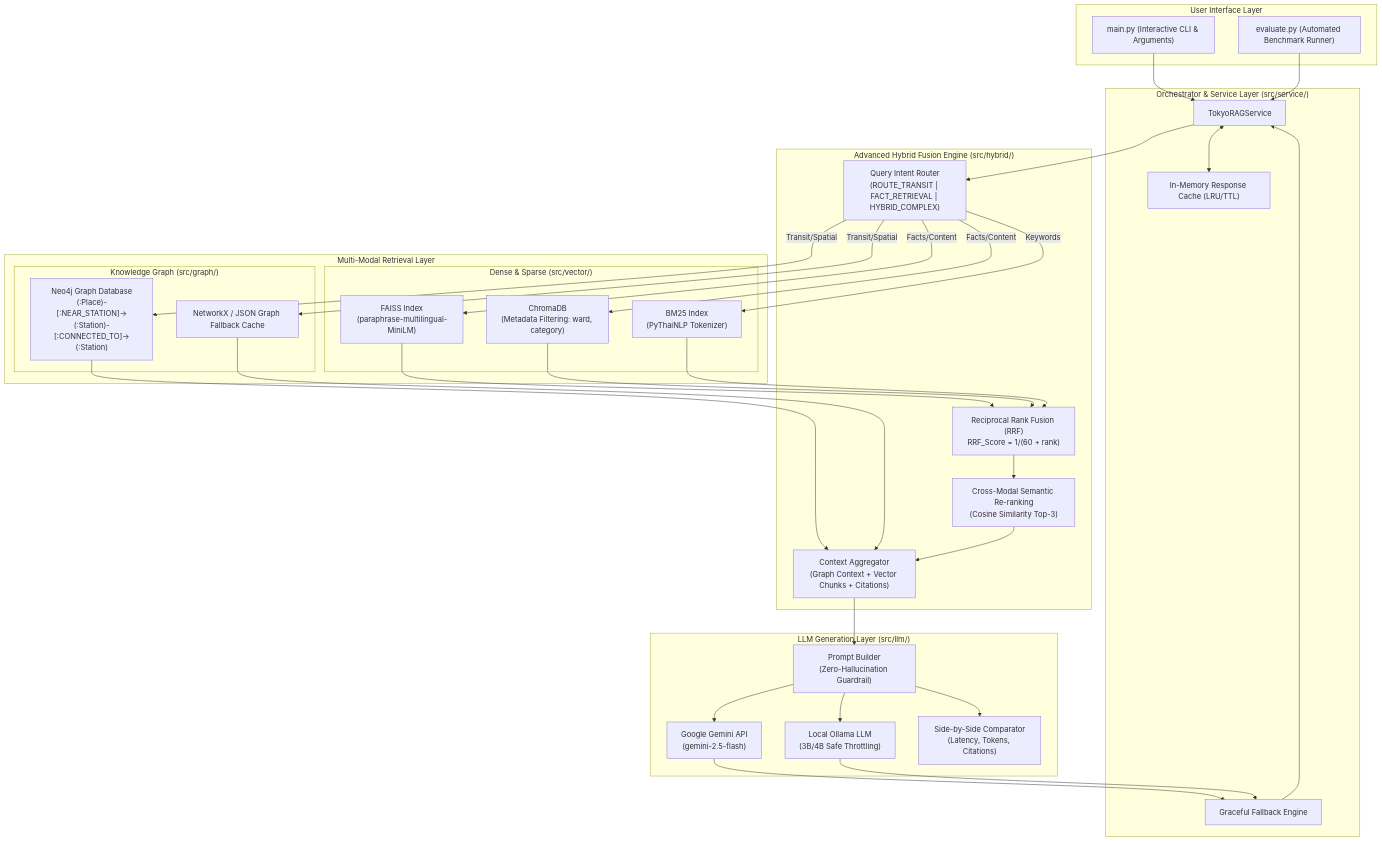
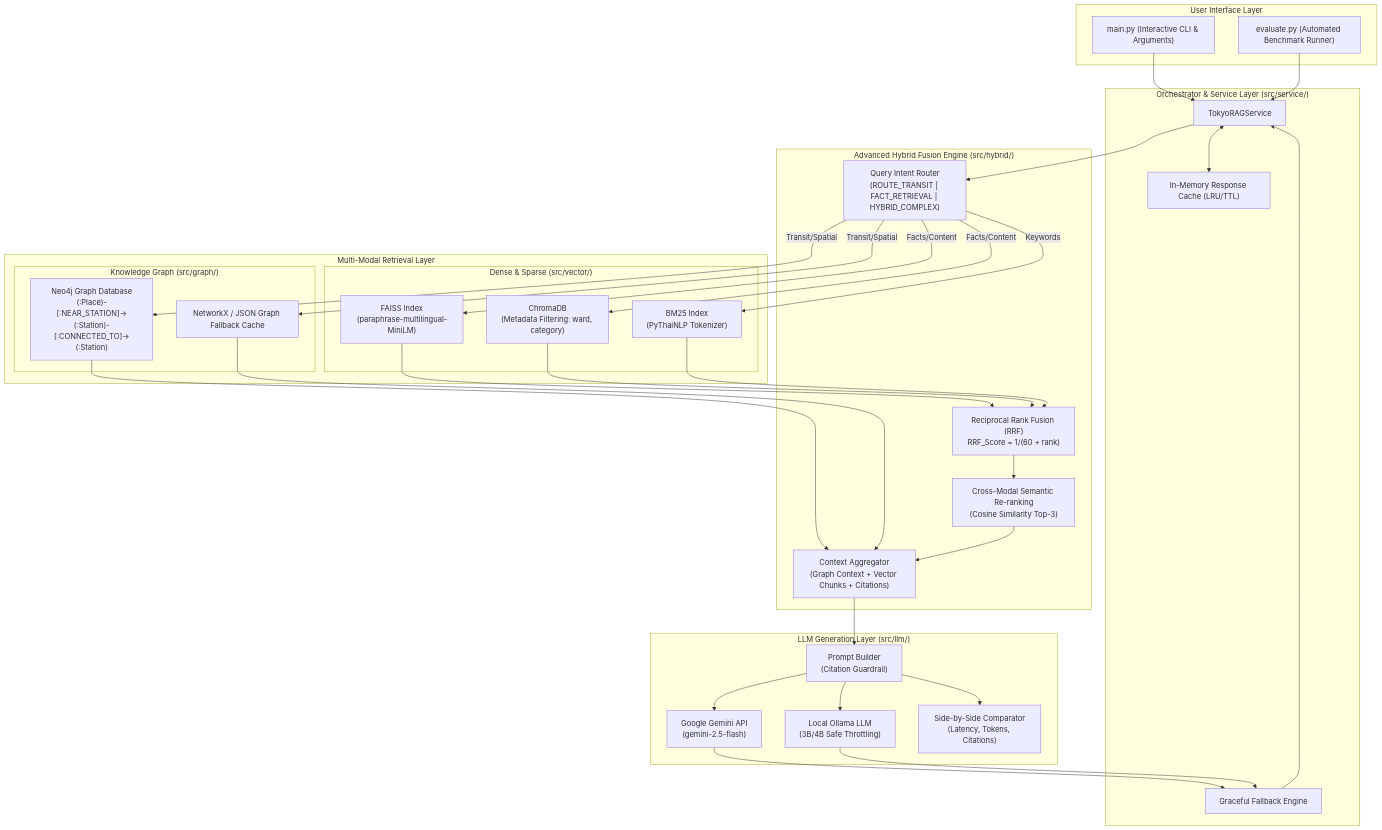
Before and after one commit to xhier2547/Rag_Tokyo_Line: the diagram in README.md, drawn with Mermaid. The commit also changed other lines of this file and 24 other files, not shown here.

````diff
--- a/README.md
+++ b/README.md
@@ -30,61 +30,61 @@
 ```mermaid
 flowchart TD
     subgraph UI ["User Interface Layer"]
         CLI["main.py (Interactive CLI & Arguments)"]
         EvalRunner["evaluate.py (Automated Benchmark Runner)"]
     end
 
     subgraph ServiceLayer ["Orchestrator & Service Layer (src/service/)"]
         RAGService["TokyoRAGService"]
         Cache["In-Memory Response Cache (LRU/TTL)"]
         Fallback["Graceful Fallback Engine"]
     end
 
     subgraph HybridEngine ["Advanced Hybrid Fusion Engine (src/hybrid/)"]
         Router["Query Intent Router\n(ROUTE_TRANSIT | FACT_RETRIEVAL | HYBRID_COMPLEX)"]
         RRF["Reciprocal Rank Fusion (RRF)\nRRF_Score = 1/(60 + rank)"]
         ReRanker["Cross-Modal Semantic Re-ranking\n(Cosine Similarity Top-3)"]
         ContextAssembler["Context Aggregator\n(Graph Context + Vector Chunks + Citations)"]
     end
 
     subgraph RetrievalLayer ["Multi-Modal Retrieval Layer"]
         subgraph DenseSparse ["Dense & Sparse (src/vector/)"]
             FAISS["FAISS Index\n(paraphrase-multilingual-MiniLM)"]
             Chroma["ChromaDB\n(Metadata Filtering: ward, category)"]
             BM25["BM25 Index\n(PyThaiNLP Tokenizer)"]
         end
         subgraph GraphDB ["Knowledge Graph (src/graph/)"]
             Neo4j["Neo4j Graph Database\n(:Place)-[:NEAR_STATION]->(:Station)-[:CONNECTED_TO]->(:Station)"]
             GraphCache["NetworkX / JSON Graph Fallback Cache"]
         end
     end
 
     subgraph LLMLayer ["LLM Generation Layer (src/llm/)"]
-        PromptBuilder["Prompt Builder\n(Zero-Hallucination Guardrail)"]
+        PromptBuilder["Prompt Builder\n(Citation Guardrail)"]
         GeminiClient["Google Gemini API\n(gemini-2.5-flash)"]
         LocalClient["Local Ollama LLM\n(3B/4B Safe Throttling)"]
         Comparator["Side-by-Side Comparator\n(Latency, Tokens, Citations)"]
     end
 
     CLI --> RAGService
     EvalRunner --> RAGService
     RAGService <--> Cache
     RAGService --> Router
     
     Router -->|Transit/Spatial| Neo4j
     Router -->|Transit/Spatial| GraphCache
     Router -->|Facts/Content| FAISS
     Router -->|Facts/Content| Chroma
     Router -->|Keywords| BM25
 
     FAISS & Chroma & BM25 --> RRF --> ReRanker
     Neo4j & GraphCache --> ContextAssembler
     ReRanker --> ContextAssembler
     
     ContextAssembler --> PromptBuilder
     PromptBuilder --> GeminiClient
     PromptBuilder --> LocalClient
     PromptBuilder --> Comparator
     
     GeminiClient & LocalClient --> Fallback --> RAGService
 ```
````
